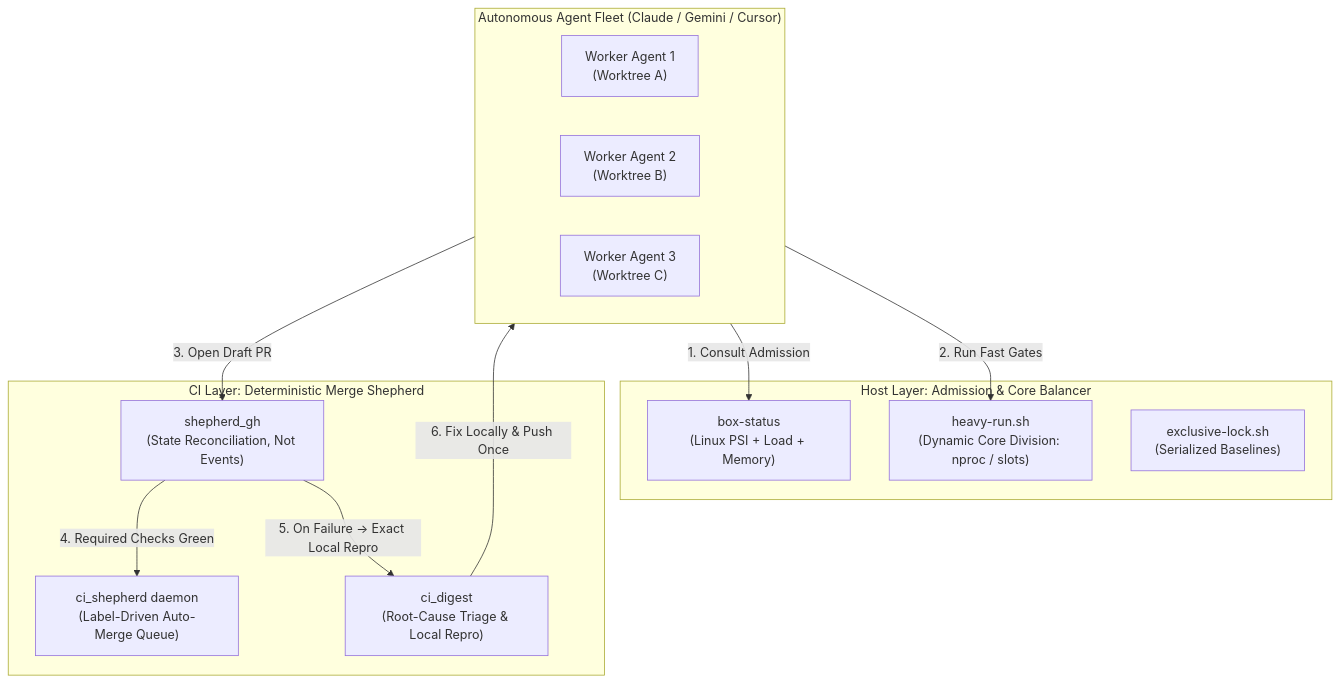
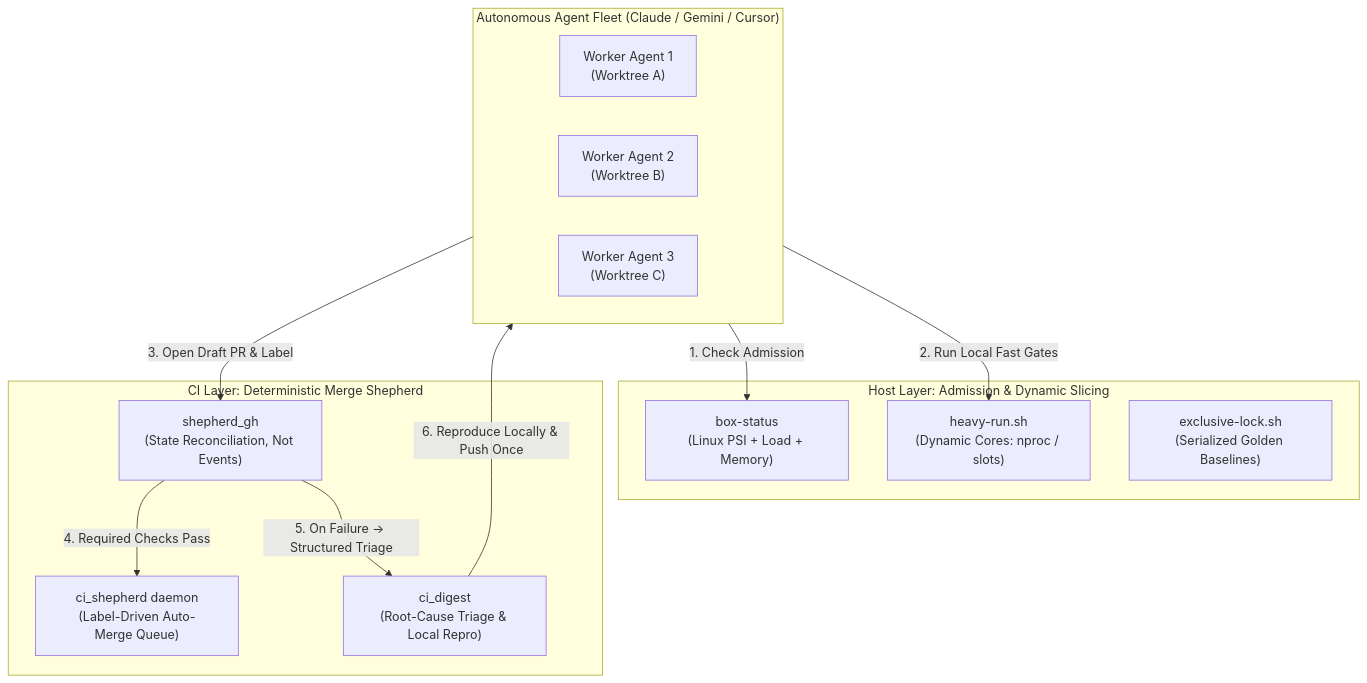
The diagram in README.md (squid-protocol/squid-bot), drawn with Mermaid before and after one commit. The commit also changed other lines of this file, not shown here.

Commit message:
docs: expand README with comprehensive architecture, CLI reference, and guides

````diff
--- a/README.md
+++ b/README.md
@@ -26,27 +59,27 @@
 ```mermaid
 flowchart TD
-    subgraph AGENTS["Autonomous Agent Fleet (Claude / Gemini / Cursor)"]
+    subgraph FLEET["Autonomous Agent Fleet (Claude / Gemini / Cursor)"]
         A1["Worker Agent 1\n(Worktree A)"]
         A2["Worker Agent 2\n(Worktree B)"]
         A3["Worker Agent 3\n(Worktree C)"]
     end
 
-    subgraph HOST["Host Layer: Admission & Core Balancer"]
+    subgraph HOST["Host Layer: Admission & Dynamic Slicing"]
         BS["box-status\n(Linux PSI + Load + Memory)"]
-        HR["heavy-run.sh\n(Dynamic Core Division: nproc / slots)"]
-        LK["exclusive-lock.sh\n(Serialized Baselines)"]
+        HR["heavy-run.sh\n(Dynamic Cores: nproc / slots)"]
+        LK["exclusive-lock.sh\n(Serialized Golden Baselines)"]
     end
 
     subgraph CI["CI Layer: Deterministic Merge Shepherd"]
         GH["shepherd_gh\n(State Reconciliation, Not Events)"]
         SHP["ci_shepherd daemon\n(Label-Driven Auto-Merge Queue)"]
         DIG["ci_digest\n(Root-Cause Triage & Local Repro)"]
     end
 
-    AGENTS -->|"1. Consult Admission"| BS
-    AGENTS -->|"2. Run Fast Gates"| HR
-    AGENTS -->|"3. Open Draft PR"| GH
-    GH -->|"4. Required Checks Green"| SHP
-    GH -->|"5. On Failure -> Exact Local Repro"| DIG
-    DIG -->|"6. Fix Locally & Push Once"| AGENTS
+    FLEET -->|"1. Check Admission"| BS
+    FLEET -->|"2. Run Local Fast Gates"| HR
+    FLEET -->|"3. Open Draft PR & Label"| GH
+    GH -->|"4. Required Checks Pass"| SHP
+    GH -->|"5. On Failure -> Structured Triage"| DIG
+    DIG -->|"6. Reproduce Locally & Push Once"| FLEET
 ```
````
